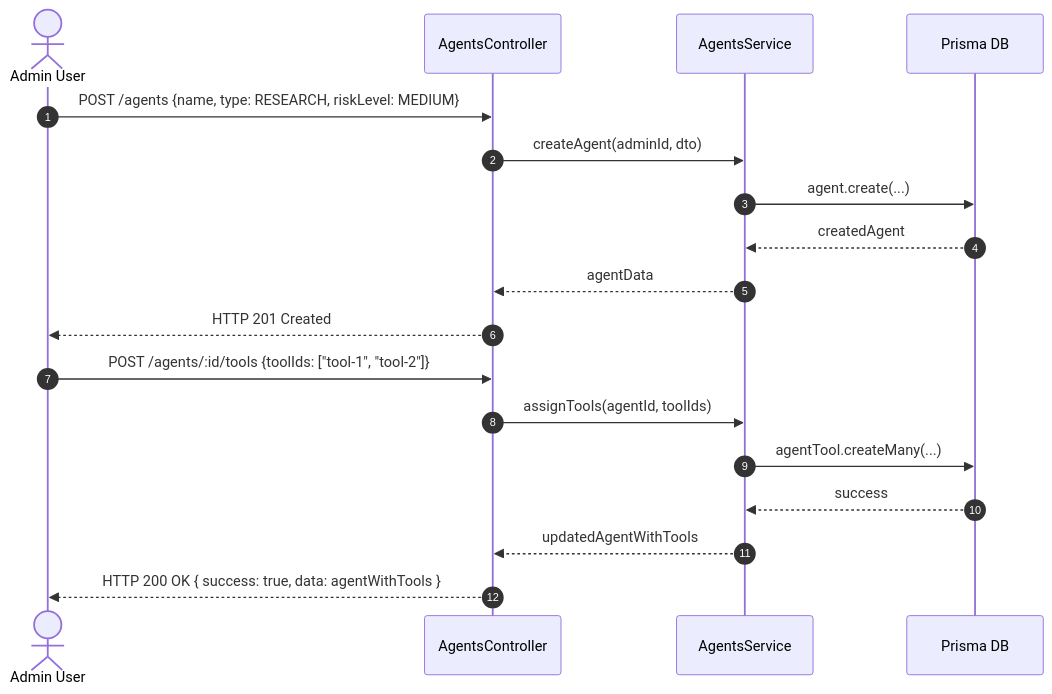
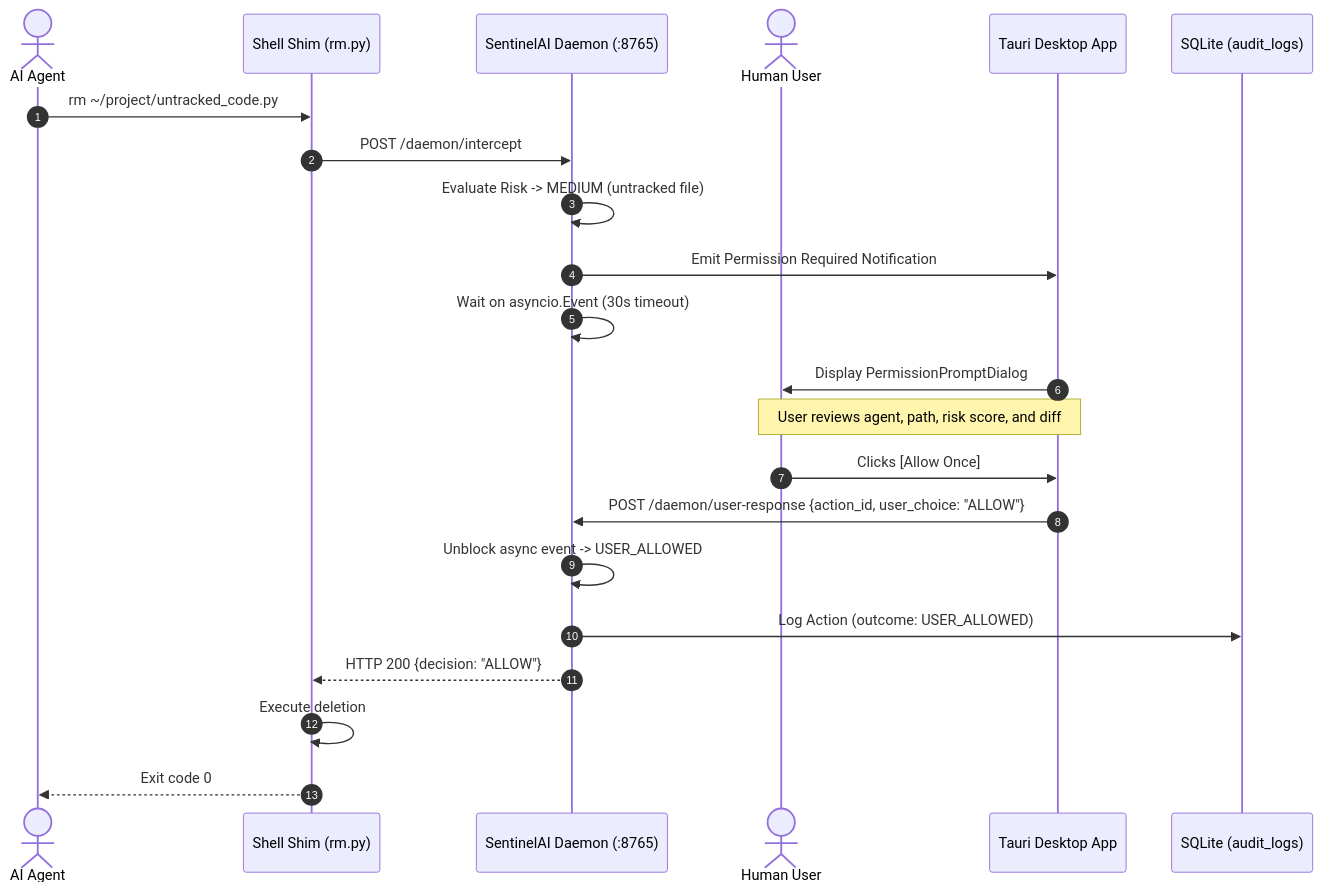
The third of 3 diagrams in docs/ARCHITECTURE_AND_SEQUENCE_DIAGRAMS.md (sagarkharbikar25/SentinelAI), drawn with Mermaid before and after one commit. The commit also changed other lines of this file and 93 other files, not shown here.

First line of the commit message:
feat(daemon): implement semester 5 foundation core and clean legacy code

````diff
--- a/docs/ARCHITECTURE_AND_SEQUENCE_DIAGRAMS.md
+++ b/docs/ARCHITECTURE_AND_SEQUENCE_DIAGRAMS.md
@@ -135,22 +82,25 @@
 ```mermaid
 sequenceDiagram
     autonumber
-    actor Admin as Admin User
-    participant AgentCtrl as AgentsController
-    participant AgentSvc as AgentsService
-    participant DB as Prisma DB
+    actor Agent as AI Agent
+    participant Shim as Shell Shim (rm.py)
+    participant Daemon as SentinelAI Daemon (:8765)
+    actor User as Human User
+    participant UI as Tauri Desktop App
+    participant DB as SQLite (audit_logs)
 
-    Admin->>AgentCtrl: POST /agents {name, type: RESEARCH, riskLevel: MEDIUM}
-    AgentCtrl->>AgentSvc: createAgent(adminId, dto)
-    AgentSvc->>DB: agent.create(...)
-    DB-->>AgentSvc: createdAgent
-    AgentSvc-->>AgentCtrl: agentData
-    AgentCtrl-->>Admin: HTTP 201 Created
-
-    Admin->>AgentCtrl: POST /agents/:id/tools {toolIds: ["tool-1", "tool-2"]}
-    AgentCtrl->>AgentSvc: assignTools(agentId, toolIds)
-    AgentSvc->>DB: agentTool.createMany(...)
-    DB-->>AgentSvc: success
-    AgentSvc-->>AgentCtrl: updatedAgentWithTools
-    AgentCtrl-->>Admin: HTTP 200 OK { success: true, data: agentWithTools }
+    Agent->>Shim: rm ~/project/untracked_code.py
+    Shim->>Daemon: POST /daemon/intercept
+    Daemon->>Daemon: Evaluate Risk -> MEDIUM (untracked file)
+    Daemon->>UI: Emit Permission Required Notification
+    Daemon->>Daemon: Wait on asyncio.Event (30s timeout)
+    UI->>User: Display PermissionPromptDialog
+    Note over User, UI: User reviews agent, path, risk score, and diff
+    User->>UI: Clicks [Allow Once]
+    UI->>Daemon: POST /daemon/user-response {action_id, user_choice: "ALLOW"}
+    Daemon->>Daemon: Unblock async event -> USER_ALLOWED
+    Daemon->>DB: Log Action (outcome: USER_ALLOWED)
+    Daemon-->>Shim: HTTP 200 {decision: "ALLOW"}
+    Shim->>Shim: Execute deletion
+    Shim-->>Agent: Exit code 0
 ```
````
